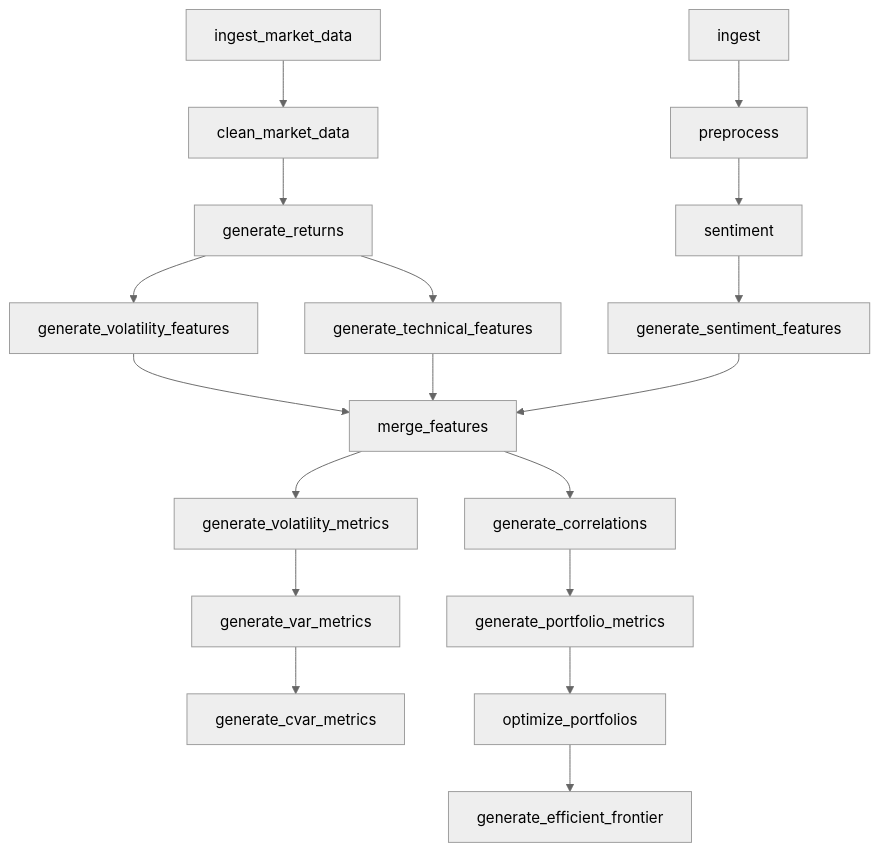
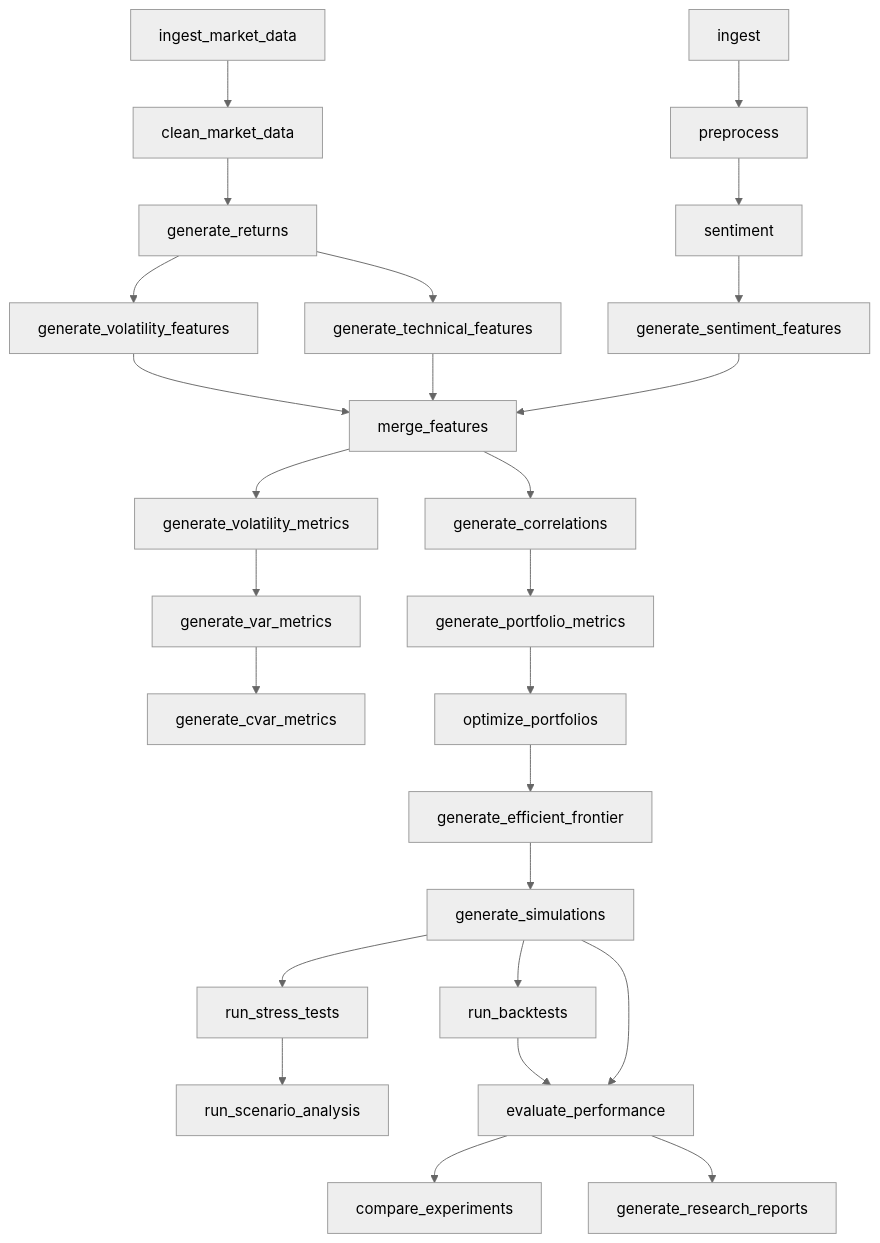
One commit to R1G12/ai-quant-risk-engine changed the second of 2 diagrams in README.md. Above: the diagram before and after it, drawn with Mermaid (neutral theme). The commit also changed other lines of this file and 82 other files, not shown here.

````diff
--- a/README.md
+++ b/README.md
@@ -36,19 +37,27 @@
 ```mermaid
 flowchart TB
   ingest[ingest] --> preprocess[preprocess] --> sentiment[sentiment]
   ingest_m[ingest_market_data] --> clean_m[clean_market_data]
   clean_m --> gen_ret[generate_returns]
   gen_ret --> gen_vol[generate_volatility_features]
   gen_ret --> gen_tech[generate_technical_features]
   sentiment --> gen_sent[generate_sentiment_features]
   gen_vol --> merge[merge_features]
   gen_tech --> merge
   gen_sent --> merge
   merge --> risk_vol[generate_volatility_metrics]
   risk_vol --> risk_var[generate_var_metrics]
   risk_var --> risk_cvar[generate_cvar_metrics]
   merge --> risk_corr[generate_correlations]
   risk_corr --> risk_port[generate_portfolio_metrics]
   risk_port --> risk_opt[optimize_portfolios]
   risk_opt --> risk_front[generate_efficient_frontier]
+  risk_front --> gen_sim[generate_simulations]
+  gen_sim --> run_bt[run_backtests]
+  gen_sim --> run_stress[run_stress_tests]
+  run_stress --> run_scen[run_scenario_analysis]
+  run_bt --> eval_perf[evaluate_performance]
+  gen_sim --> eval_perf
+  eval_perf --> cmp_exp[compare_experiments]
+  eval_perf --> gen_rep[generate_research_reports]
 ```
````
